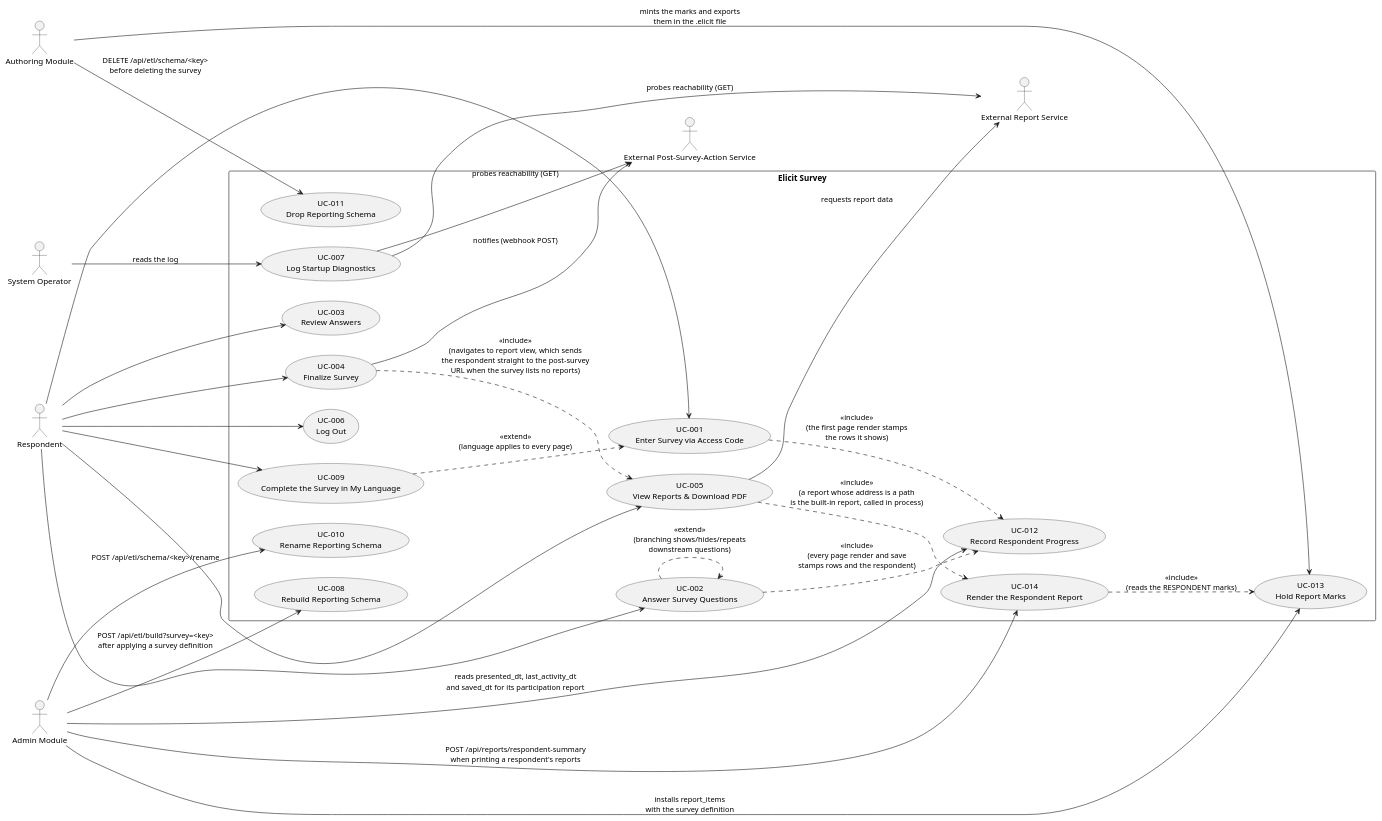
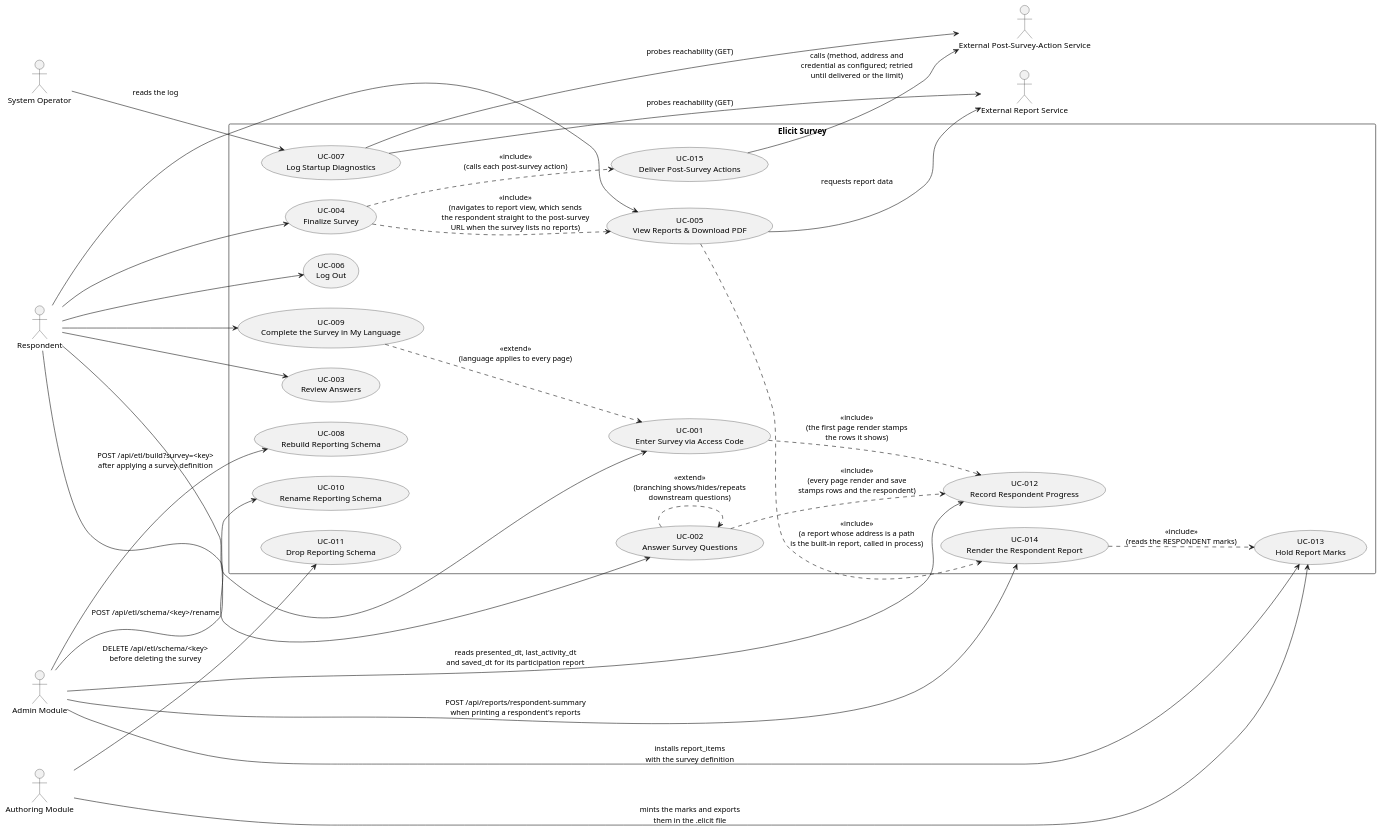
The diagram in docs/use_cases.puml (ElicitSoftware/Survey), drawn with PlantUML before and after one commit. The commit also changed 5 other files, not shown here.

First line of the commit message:
Specify configurable post-survey action calls and their retries (UC-015)

```diff
--- a/docs/use_cases.puml
+++ b/docs/use_cases.puml
@@ -1,58 +1,60 @@
 @startuml
 left to right direction
 skinparam packageStyle rectangle
 
 actor "Respondent" as Respondent
 actor "External Report Service" as ReportSvc
 actor "External Post-Survey-Action Service" as PsaSvc
 actor "System Operator" as Operator
 actor "Admin Module" as AdminApp
 actor "Authoring Module" as AuthorApp
 
 rectangle "Elicit Survey" {
   usecase "UC-001\nEnter Survey via Access Code" as UC001
   usecase "UC-002\nAnswer Survey Questions" as UC002
   usecase "UC-003\nReview Answers" as UC003
   usecase "UC-004\nFinalize Survey" as UC004
   usecase "UC-005\nView Reports & Download PDF" as UC005
   usecase "UC-006\nLog Out" as UC006
   usecase "UC-007\nLog Startup Diagnostics" as UC007
   usecase "UC-008\nRebuild Reporting Schema" as UC008
   usecase "UC-009\nComplete the Survey in My Language" as UC009
   usecase "UC-010\nRename Reporting Schema" as UC010
   usecase "UC-011\nDrop Reporting Schema" as UC011
   usecase "UC-012\nRecord Respondent Progress" as UC012
   usecase "UC-013\nHold Report Marks" as UC013
   usecase "UC-014\nRender the Respondent Report" as UC014
+  usecase "UC-015\nDeliver Post-Survey Actions" as UC015
 }
 
 Respondent --> UC001
 Respondent --> UC002
 Respondent --> UC003
 Respondent --> UC004
 Respondent --> UC005
 Respondent --> UC006
 Operator --> UC007 : reads the log
 AdminApp --> UC008 : POST /api/etl/build?survey=<key>\nafter applying a survey definition
 AdminApp --> UC010 : POST /api/etl/schema/<key>/rename
 AuthorApp --> UC011 : DELETE /api/etl/schema/<key>\nbefore deleting the survey
 Respondent --> UC009
 AdminApp --> UC012 : reads presented_dt, last_activity_dt\nand saved_dt for its participation report
 AdminApp --> UC013 : installs report_items\nwith the survey definition
 AuthorApp --> UC013 : mints the marks and exports\nthem in the .elicit file
 AdminApp --> UC014 : POST /api/reports/respondent-summary\nwhen printing a respondent's reports
 
 UC005 ..> UC014 : <<include>>\n(a report whose address is a path\nis the built-in report, called in process)
 UC014 ..> UC013 : <<include>>\n(reads the RESPONDENT marks)
 UC004 ..> UC005 : <<include>>\n(navigates to report view, which sends\nthe respondent straight to the post-survey\nURL when the survey lists no reports)
 UC009 ..> UC001 : <<extend>>\n(language applies to every page)
 UC002 ..> UC002 : <<extend>>\n(branching shows/hides/repeats\ndownstream questions)
 UC001 ..> UC012 : <<include>>\n(the first page render stamps\nthe rows it shows)
 UC002 ..> UC012 : <<include>>\n(every page render and save\nstamps rows and the respondent)
 
-UC004 --> PsaSvc : notifies (webhook POST)
+UC004 ..> UC015 : <<include>>\n(calls each post-survey action)
+UC015 --> PsaSvc : calls (method, address and\ncredential as configured; retried\nuntil delivered or the limit)
 UC005 --> ReportSvc : requests report data
 UC007 --> ReportSvc : probes reachability (GET)
 UC007 --> PsaSvc : probes reachability (GET)
 
 @enduml
```
